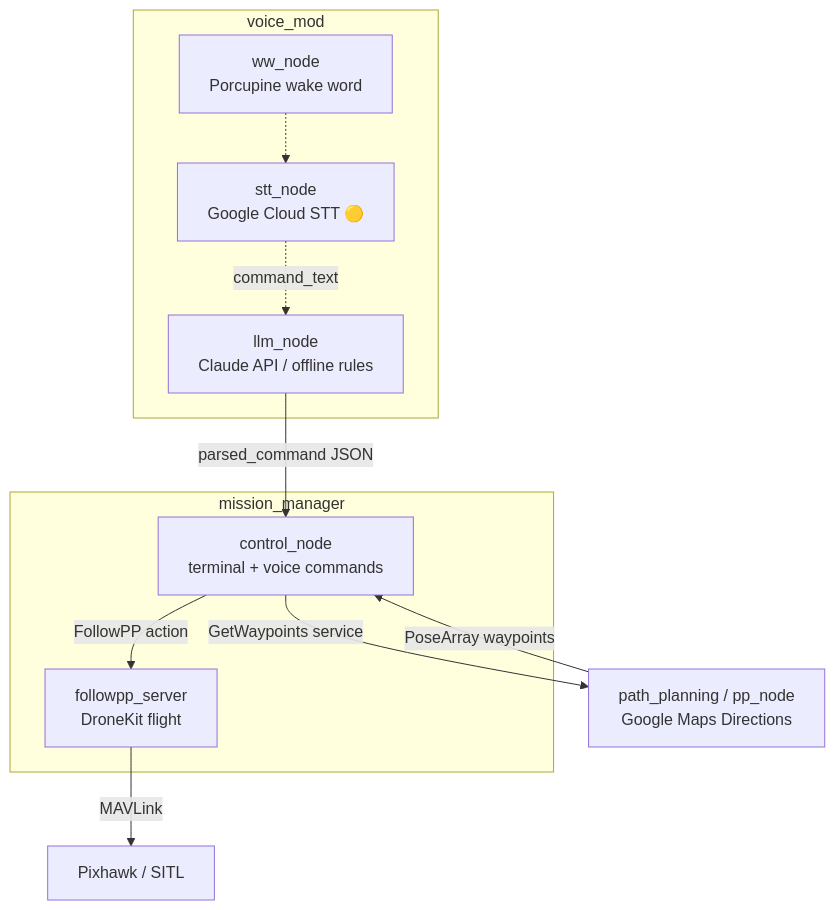
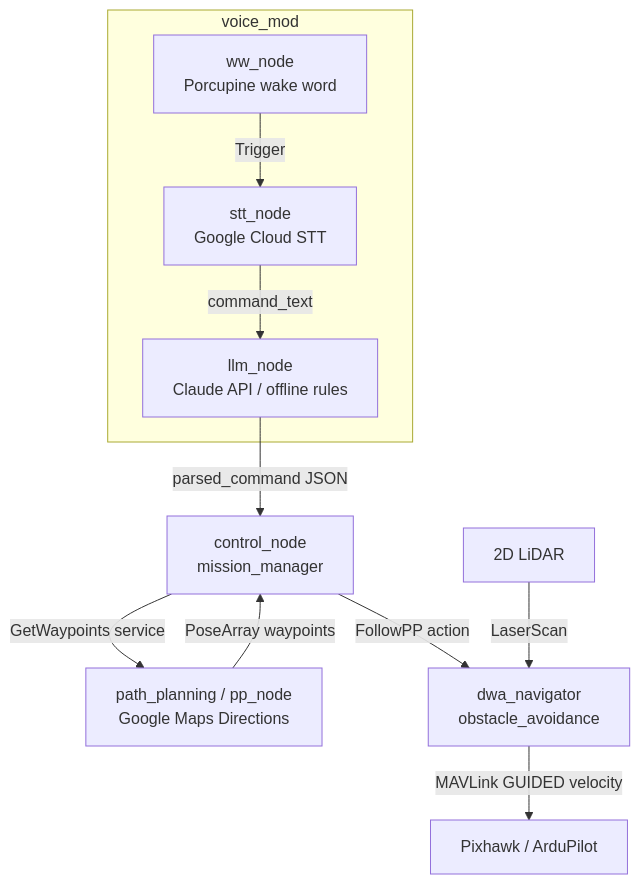
Before and after one commit to blar-tw/D-Guide: the diagram in README.md, drawn with Mermaid. The commit also changed other lines of this file and 18 other files, not shown here.

Commit message:
refining sysyem flow

````diff
--- a/README.md
+++ b/README.md
@@ -29,20 +29,18 @@
 ```mermaid
 flowchart TB
     subgraph Voice["voice_mod"]
-        WW[ww_node<br/>Porcupine wake word] -.-> STT[stt_node<br/>Google Cloud STT 🟡]
-        STT -.->|command_text| LLM[llm_node<br/>Claude API / offline rules]
+        WW[ww_node<br/>Porcupine wake word] -->|Trigger| STT[stt_node<br/>Google Cloud STT]
+        STT -->|command_text| LLM[llm_node<br/>Claude API / offline rules]
     end
 
-    subgraph Mission["mission_manager"]
-        CN[control_node<br/>terminal + voice commands]
-        FS[followpp_server<br/>DroneKit flight]
-    end
-
+    CN[control_node<br/>mission_manager]
     PP[path_planning / pp_node<br/>Google Maps Directions]
+    NAV[dwa_navigator<br/>obstacle_avoidance]
 
     LLM -->|parsed_command JSON| CN
     CN -->|GetWaypoints service| PP
     PP -->|PoseArray waypoints| CN
-    CN -->|FollowPP action| FS
-    FS -->|MAVLink| FC[Pixhawk / SITL]
+    CN -->|FollowPP action| NAV
+    L[2D LiDAR] -->|LaserScan| NAV
+    NAV -->|MAVLink GUIDED velocity| FC[Pixhawk / ArduPilot]
 ```
````
